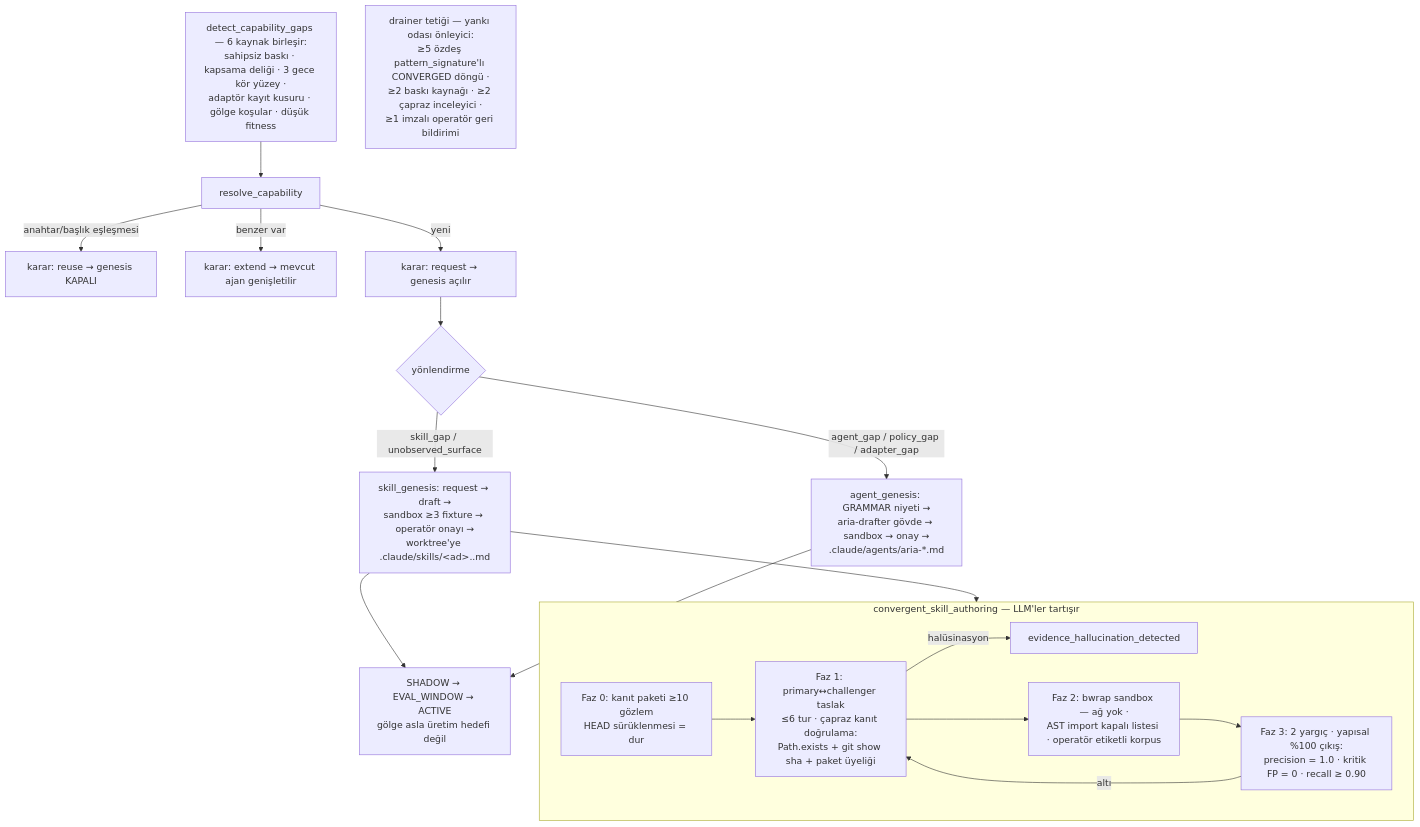
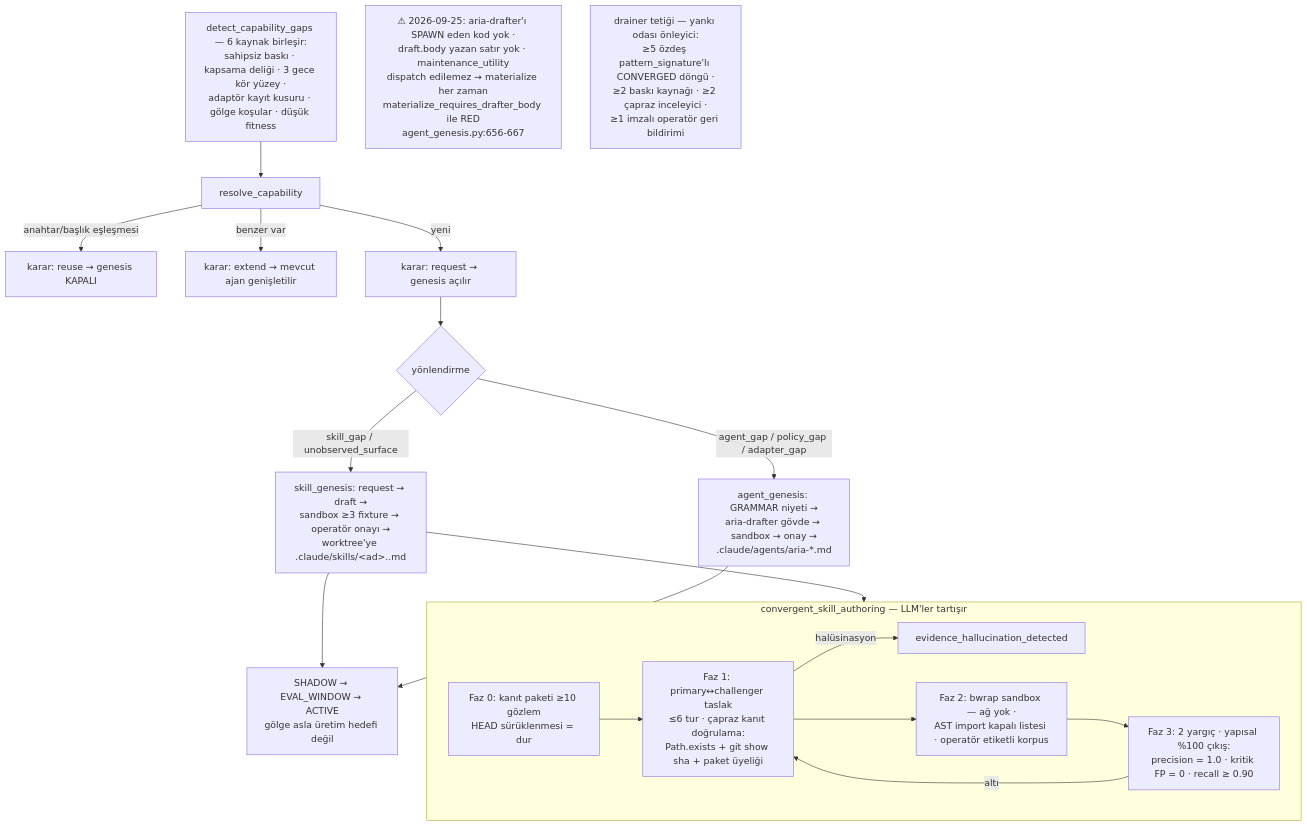
One commit to Okan-wqm/aquaculture_platform changed diagram 13 of 25 in ARIA-MIMARI-SEMALARI.md. Above: the diagram before and after it, drawn with Mermaid. The commit also changed other lines of this file and 2 other files, not shown here.

````diff
--- a/ARIA-MIMARI-SEMALARI.md
+++ b/ARIA-MIMARI-SEMALARI.md
@@ -512,20 +525,21 @@
 ```mermaid
 flowchart TD
     GAP[detect_capability_gaps — 6 kaynak birleşir:<br/>sahipsiz baskı · kapsama deliği · 3 gece kör yüzey ·<br/>adaptör kayıt kusuru · gölge koşular · düşük fitness] --> RES[resolve_capability]
     RES -->|anahtar/başlık eşleşmesi| REU[karar: reuse → genesis KAPALI]
     RES -->|benzer var| EXT[karar: extend → mevcut ajan genişletilir]
     RES -->|yeni| REQ[karar: request → genesis açılır]
     REQ --> RT{yönlendirme}
     RT -- skill_gap / unobserved_surface --> SG[skill_genesis: request → draft →<br/>sandbox ≥3 fixture → operatör onayı →<br/>worktree'ye .claude/skills/&lt;ad&gt;..md]
     RT -- agent_gap / policy_gap / adapter_gap --> AG[agent_genesis: GRAMMAR niyeti →<br/>aria-drafter gövde → sandbox → onay →<br/>.claude/agents/aria-*.md]
     SG & AG --> SHA[SHADOW → EVAL_WINDOW → ACTIVE<br/>gölge asla üretim hedefi değil]
     subgraph CSA[convergent_skill_authoring — LLM'ler tartışır]
         C1[Faz 0: kanıt paketi ≥10 gözlem<br/>HEAD sürüklenmesi = dur] --> C2[Faz 1: primary↔challenger taslak<br/>≤6 tur · çapraz kanıt doğrulama:<br/>Path.exists + git show sha + paket üyeliği]
         C2 -->|halüsinasyon| HLT[evidence_hallucination_detected]
         C2 --> C3[Faz 2: bwrap sandbox — ağ yok ·<br/>AST import kapalı listesi · operatör etiketli korpus]
         C3 --> C4[Faz 3: 2 yargıç · yapısal %100 çıkış:<br/>precision = 1.0 · kritik FP = 0 · recall ≥ 0.90]
         C4 -->|altı| C2
     end
     SG --> CSA
+    GAPX[⚠ 2026-09-25: aria-drafter'ı SPAWN eden kod yok ·<br/>draft.body yazan satır yok · maintenance_utility<br/>dispatch edilemez → materialize her zaman<br/>materialize_requires_drafter_body ile RED<br/>agent_genesis.py:656-667]
     TRG[drainer tetiği — yankı odası önleyici:<br/>≥5 özdeş pattern_signature'lı CONVERGED döngü ·<br/>≥2 baskı kaynağı · ≥2 çapraz inceleyici ·<br/>≥1 imzalı operatör geri bildirimi]
 ```
````
